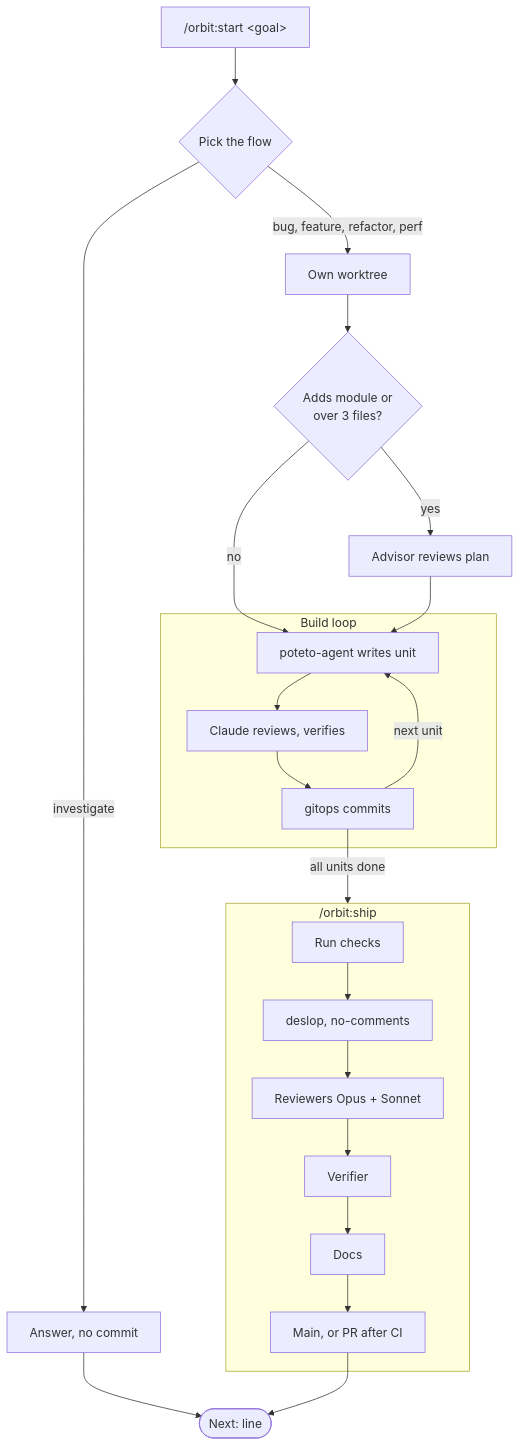
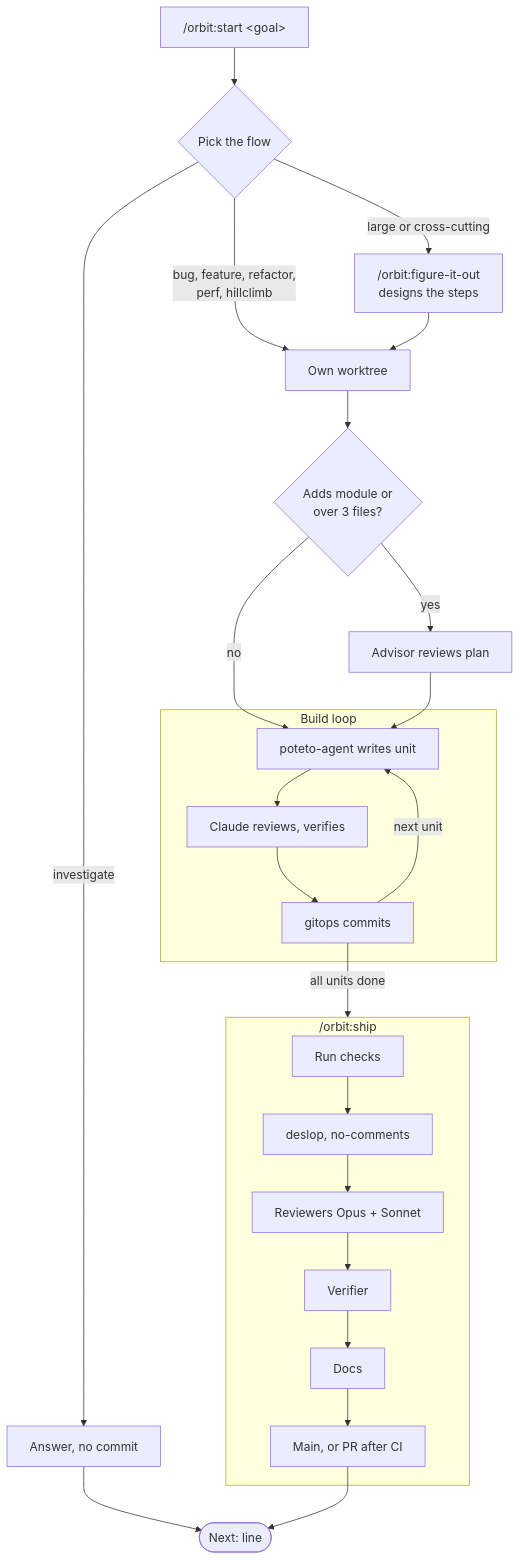
The first of 2 diagrams in README.md (aayushbtw/orbit), drawn with Mermaid before and after one commit. The commit also changed 5 other files, not shown here.

Commit message:
docs(orbit): document hillclimb, figure-it-out, tdd and benchmark-checklist

````diff
--- a/README.md
+++ b/README.md
@@ -18,25 +18,27 @@
 ```mermaid
 flowchart TD
     start["/orbit:start &lt;goal&gt;"] --> flow{Pick the flow}
     flow -- investigate --> answer[Answer, no commit]
     answer --> next
-    flow -- bug, feature, refactor, perf --> wt[Own worktree]
+    flow -- bug, feature, refactor,<br/>perf, hillclimb --> wt[Own worktree]
+    flow -- large or cross-cutting --> fio["/orbit:figure-it-out<br/>designs the steps"]
+    fio --> wt
     wt --> big{Adds module or<br/>over 3 files?}
     big -- yes --> advisor[Advisor reviews plan]
     big -- no --> build
     advisor --> build
     subgraph loop [Build loop]
         build[poteto-agent writes unit] --> review[Claude reviews, verifies]
         review --> commit[gitops commits]
         commit -- next unit --> build
     end
     commit -- all units done --> ship
     subgraph ship ["/orbit:ship"]
         check[Run checks] --> clean[deslop, no-comments]
         clean --> panel[Reviewers Opus + Sonnet]
         panel --> verify[Verifier]
         verify --> docs[Docs]
         docs --> land[Main, or PR after CI]
     end
     land --> next([Next: line])
 ```
````
